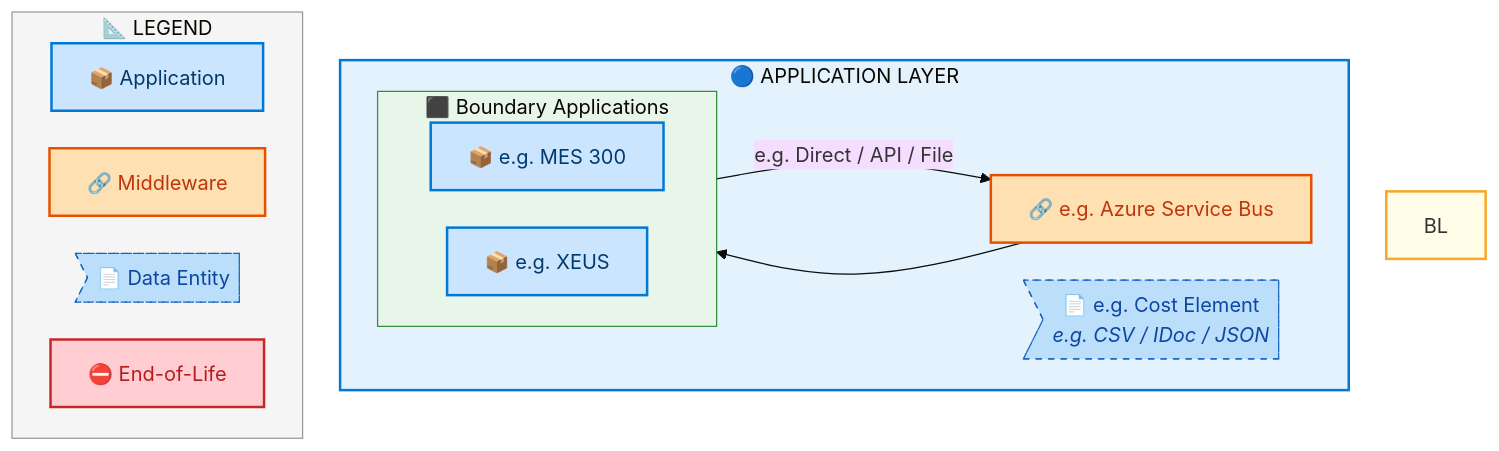
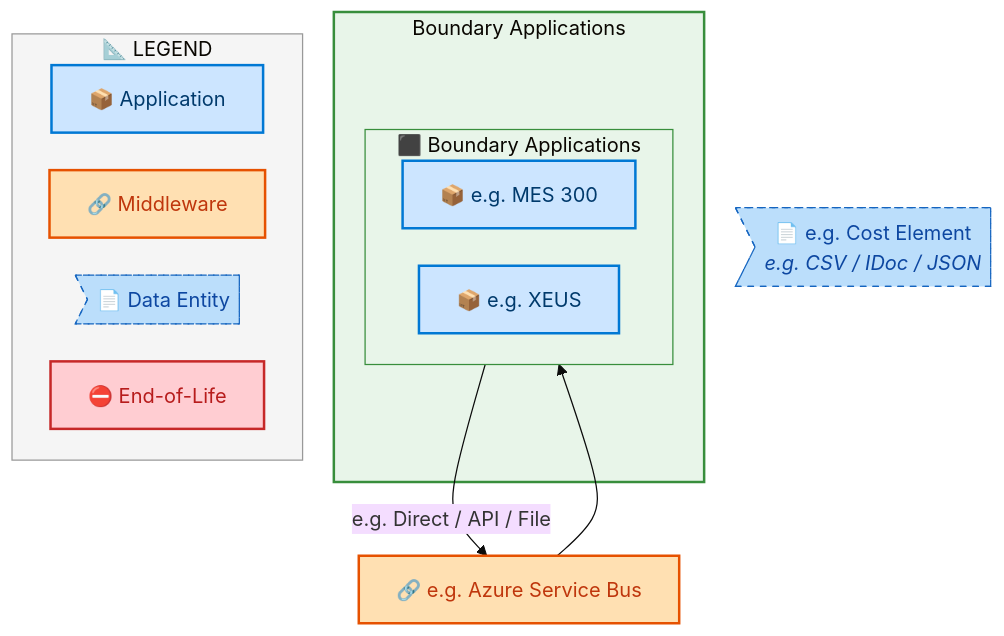
Diagram 18 of 21 in towers/E2E/Forecast to Stock/E2E-94/output/docs/systems-architecture/E2E-94-Architecture.md (sajivfrancis777/IAO-Architecture), drawn with Mermaid before and after one commit. The commit also changed other lines of this file and 106 other files, not shown here.

First line of the commit message:
feat: tier-grouped swim lane layout for architecture diagrams

````diff
--- a/towers/E2E/Forecast to Stock/E2E-94/output/docs/systems-architecture/E2E-94-Architecture.md
+++ b/towers/E2E/Forecast to Stock/E2E-94/output/docs/systems-architecture/E2E-94-Architecture.md
@@ -1915,41 +1915,40 @@
 ```mermaid
 %%{init: {"theme": "base", "securityLevel": "loose", "themeVariables": {"fontSize": "16px", "fontFamily": "Segoe UI, Arial, sans-serif"}, "flowchart": {"useMaxWidth": false, "htmlLabels": true, "nodeSpacing": 30, "rankSpacing": 35}} }%%
 flowchart TB
     %% -- ArchiMate 3.2 + Azure style classes --
     classDef business      fill:#FFFFB3,stroke:#F9A825,stroke-width:2px,color:#000
     classDef app           fill:#CCE5FF,stroke:#0078D4,stroke-width:2px,color:#003A6C
     classDef data          fill:#BBDEFB,stroke:#1565C0,stroke-width:1px,color:#0D47A1,stroke-dasharray: 5 5
     classDef middleware    fill:#FFE0B2,stroke:#E65100,stroke-width:2px,color:#BF360C
     classDef eol           fill:#FFCDD2,stroke:#C62828,stroke-width:2px,color:#B71C1C
     classDef saas          fill:#E1BEE7,stroke:#7B1FA2,stroke-width:2px,color:#4A148C
     classDef cloud         fill:#BBDEFB,stroke:#1565C0,stroke-width:2px,color:#0D47A1
     classDef onprem        fill:#C8E6C9,stroke:#2E7D32,stroke-width:2px,color:#1B5E20
 
-    subgraph AL["🔵 APPLICATION LAYER"]
+    subgraph E2E94CT_Boundary_Applications["Boundary Applications"]
         subgraph E2E94CLN_Boundary_Applications[" ⬛ Boundary Applications"]
             direction LR
             E2E94C_e_g_MES_300["📦 e.g. MES 300"]:::app
             E2E94C_e_g_XEUS["📦 e.g. XEUS"]:::app
         end
-        E2E94CMW_e_g_Azure_Service_Bus["🔗 e.g. Azure Service Bus"]:::middleware
-        E2E94CDE_e_g_Cost_Element>"📄 e.g. Cost Element<br/><i>e.g. CSV / IDoc / JSON</i>"]:::data
     end
+
+    E2E94CMW_e_g_Azure_Service_Bus["🔗 e.g. Azure Service Bus"]:::middleware
+    E2E94CDE_e_g_Cost_Element>"📄 e.g. Cost Element<br/><i>e.g. CSV / IDoc / JSON</i>"]:::data
 
     E2E94C_e_g_MES_300 -->|"e.g. Direct / API / File"| E2E94CMW_e_g_Azure_Service_Bus
     E2E94CMW_e_g_Azure_Service_Bus --> E2E94C_e_g_XEUS
 
 
-    style BL fill:#FFFDE7,stroke:#F9A825,stroke-width:2px
-    style AL fill:#E3F2FD,stroke:#0078D4,stroke-width:2px
-
+    style E2E94CT_Boundary_Applications fill:#E8F5E9,stroke:#388E3C,stroke-width:2px
     style E2E94CLN_Boundary_Applications fill:#E8F5E9,stroke:#388E3C,stroke-width:1px
 
     subgraph Legend["📐 LEGEND"]
         direction LR
         L_APP["📦 Application"]:::app
         L_MW["🔗 Middleware"]:::middleware
         L_DE>"📄 Data Entity"]:::data
         L_EOL["⛔ End-of-Life"]:::eol
     end
     style Legend fill:#F5F5F5,stroke:#999,stroke-width:1px
 ```
````
